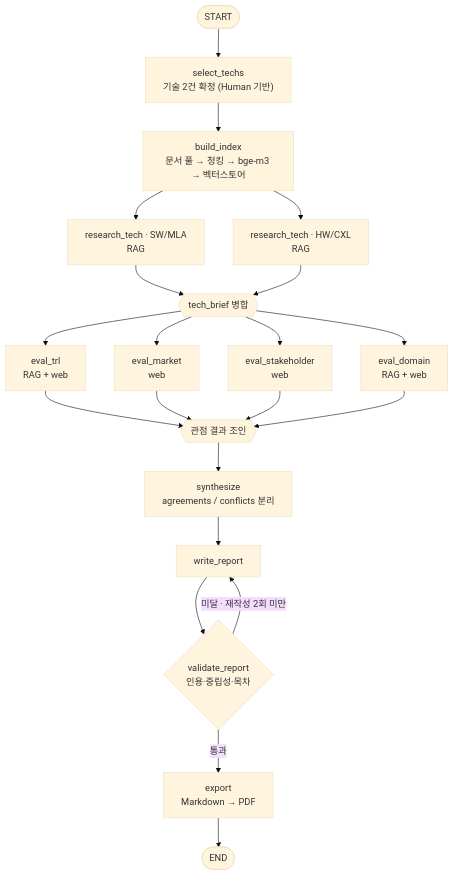
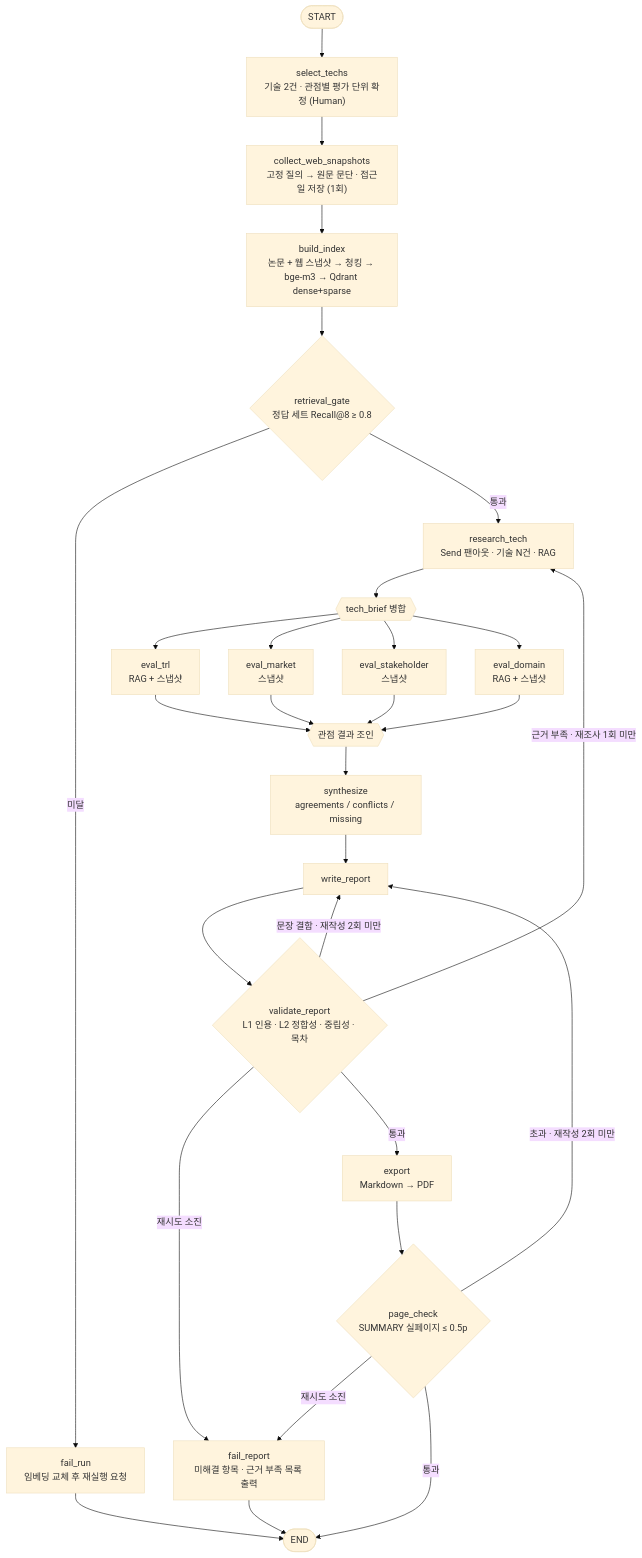
Before and after one commit to zzl-hyun/I-Dont-Know-Seoul: the diagram in docs/kv-cache-rag/설계산출물.md, drawn with Mermaid (base theme). The commit also changed other lines of this file, not shown here.

First line of the commit message:
docs(kv-cache-rag): 외부 검토 지적을 전부 반영해 설계를 v2 로 고친다

````diff
--- a/docs/kv-cache-rag/설계산출물.md
+++ b/docs/kv-cache-rag/설계산출물.md
@@ -236,27 +403,38 @@
 ```mermaid
 flowchart TD
-    S([START]) --> SEL["select_techs<br/>기술 2건 확정 (Human 기반)"]
-    SEL --> IDX["build_index<br/>문서 풀 → 청킹 → bge-m3 → 벡터스토어"]
+    S([START]) --> SEL["select_techs<br/>기술 2건 · 관점별 평가 단위 확정 (Human)"]
+    SEL --> SNAP["collect_web_snapshots<br/>고정 질의 → 원문 문단 · 접근일 저장 (1회)"]
+    SNAP --> IDX["build_index<br/>논문 + 웹 스냅샷 → 청킹 → bge-m3 → Qdrant dense+sparse"]
+    IDX --> GATE{"retrieval_gate<br/>정답 세트 Recall@8 ≥ 0.8"}
 
-    IDX --> R1["research_tech · SW/MLA<br/>RAG"]
-    IDX --> R2["research_tech · HW/CXL<br/>RAG"]
-    R1 --> JB{{"tech_brief 병합"}}
-    R2 --> JB
+    GATE -- "미달" --> FL["fail_run<br/>임베딩 교체 후 재실행 요청"]
+    GATE -- "통과" --> RT["research_tech<br/>Send 팬아웃 · 기술 N건 · RAG"]
 
-    JB --> V1["eval_trl<br/>RAG + web"]
-    JB --> V2["eval_market<br/>web"]
-    JB --> V3["eval_stakeholder<br/>web"]
-    JB --> V4["eval_domain<br/>RAG + web"]
+    RT --> JB{{"tech_brief 병합"}}
+    JB --> V1["eval_trl<br/>RAG + 스냅샷"]
+    JB --> V2["eval_market<br/>스냅샷"]
+    JB --> V3["eval_stakeholder<br/>스냅샷"]
+    JB --> V4["eval_domain<br/>RAG + 스냅샷"]
 
     V1 --> JV{{"관점 결과 조인"}}
     V2 --> JV
     V3 --> JV
     V4 --> JV
 
-    JV --> SY["synthesize<br/>agreements / conflicts 분리"]
+    JV --> SY["synthesize<br/>agreements / conflicts / missing"]
     SY --> WR["write_report"]
-    WR --> VA{"validate_report<br/>인용·중립성·목차"}
-    VA -- "미달 · 재작성 2회 미만" --> WR
+    WR --> VA{"validate_report<br/>L1 인용 · L2 정합성 · 중립성 · 목차"}
+
+    VA -- "문장 결함 · 재작성 2회 미만" --> WR
+    VA -- "근거 부족 · 재조사 1회 미만" --> RT
+    VA -- "재시도 소진" --> FR["fail_report<br/>미해결 항목 · 근거 부족 목록 출력"]
     VA -- "통과" --> EX["export<br/>Markdown → PDF"]
-    EX --> E([END])
+
+    EX --> PG{"page_check<br/>SUMMARY 실페이지 ≤ 0.5p"}
+    PG -- "초과 · 재작성 2회 미만" --> WR
+    PG -- "재시도 소진" --> FR
+    PG -- "통과" --> E([END])
+
+    FR --> E
+    FL --> E
 ```
````
